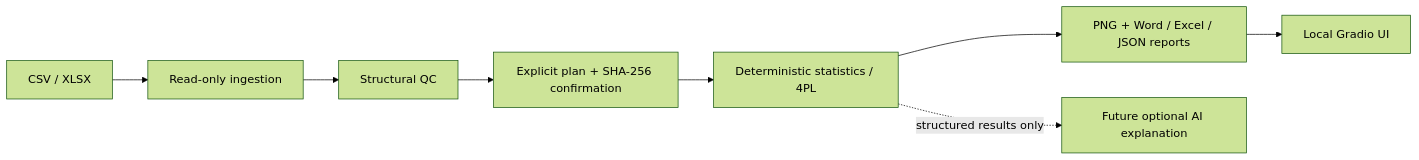
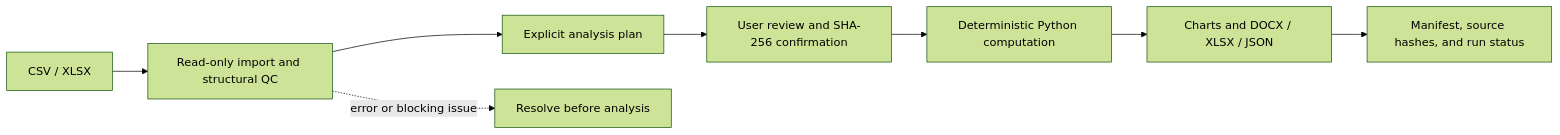
The diagram in README.md (jie4578/BioLab-Copilot), drawn with Mermaid (forest theme) before and after one commit. The commit also changed other lines of this file and 15 other files, not shown here.

````diff
--- a/README.md
+++ b/README.md
@@ -249,10 +60,10 @@
 ```mermaid
 flowchart LR
-    F[CSV / XLSX] --> I[Read-only ingestion]
-    I --> Q[Structural QC]
-    Q --> P[Explicit plan + SHA-256 confirmation]
-    P --> S[Deterministic statistics / 4PL]
-    S --> R[PNG + Word / Excel / JSON reports]
-    R --> U[Local Gradio UI]
-    S -. structured results only .-> A[Future optional AI explanation]
+    A[CSV / XLSX] --> B[Read-only import and structural QC]
+    B --> C[Explicit analysis plan]
+    C --> D[User review and SHA-256 confirmation]
+    D --> E[Deterministic Python computation]
+    E --> F[Charts and DOCX / XLSX / JSON]
+    F --> G[Manifest, source hashes, and run status]
+    B -. error or blocking issue .-> H[Resolve before analysis]
 ```
````
